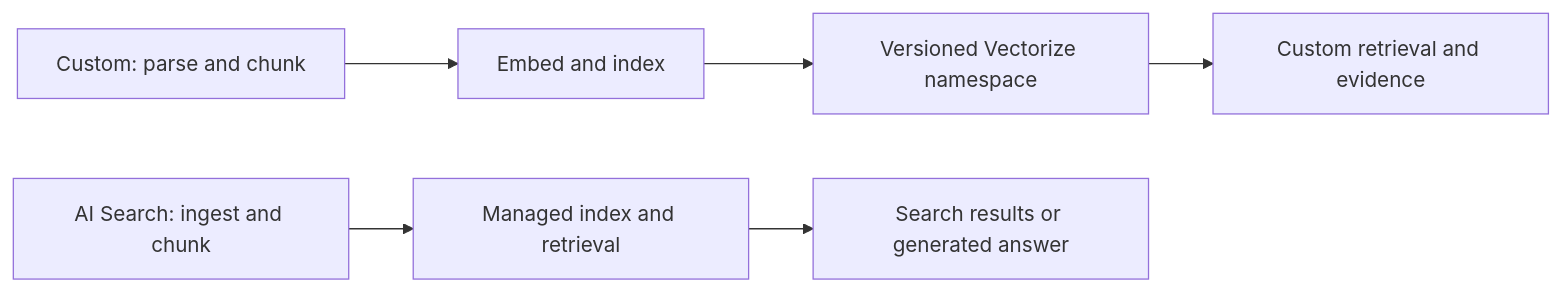
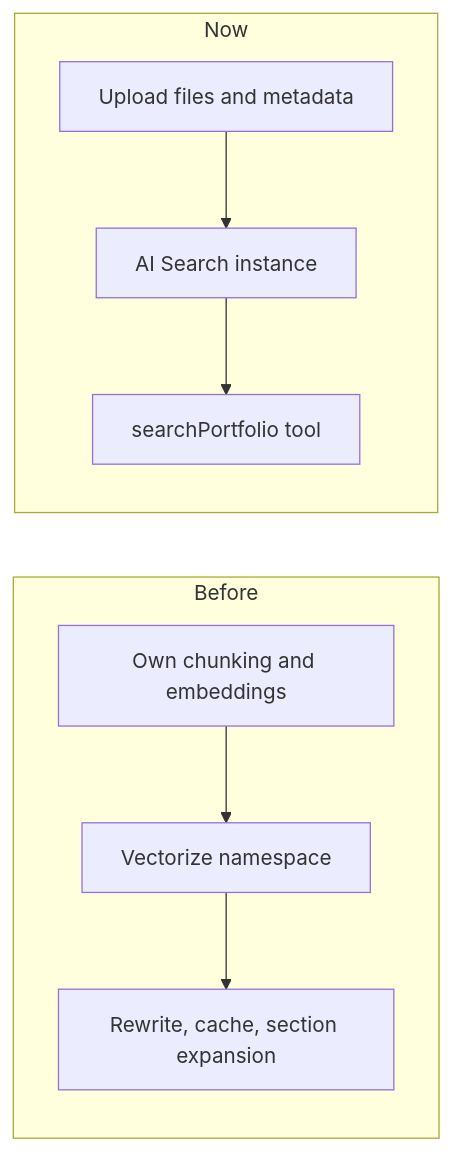
The sixth of 6 diagrams in content/posts/2026-01-25-ai-chat/index.md (sgama/sg), drawn with Mermaid before and after one commit. The commit also changed other lines of this file and 5 other files, not shown here.

```diff
--- a/content/posts/2026-01-25-ai-chat/index.md
+++ b/content/posts/2026-01-25-ai-chat/index.md
@@ -163,8 +158,11 @@
 {{< mermaid >}}
 flowchart LR
-    C[Custom: parse and chunk] --> E[Embed and index]
-    E --> V[Versioned Vectorize namespace]
-    V --> R[Custom retrieval and evidence]
-    A[AI Search: ingest and chunk] --> M[Managed index and retrieval]
-    M --> O[Search results or generated answer]
+    subgraph Before
+    C[Own chunking and embeddings] --> V[Vectorize namespace]
+    V --> R[Rewrite, cache, section expansion]
+    end
+    subgraph Now
+    U[Upload files and metadata] --> A[AI Search instance]
+    A --> T[searchPortfolio tool]
+    end
 {{< /mermaid >}}
```
